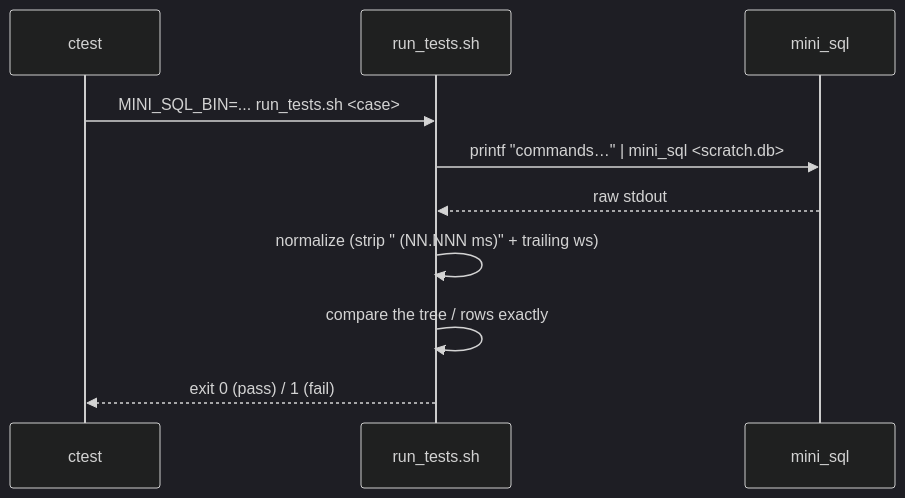
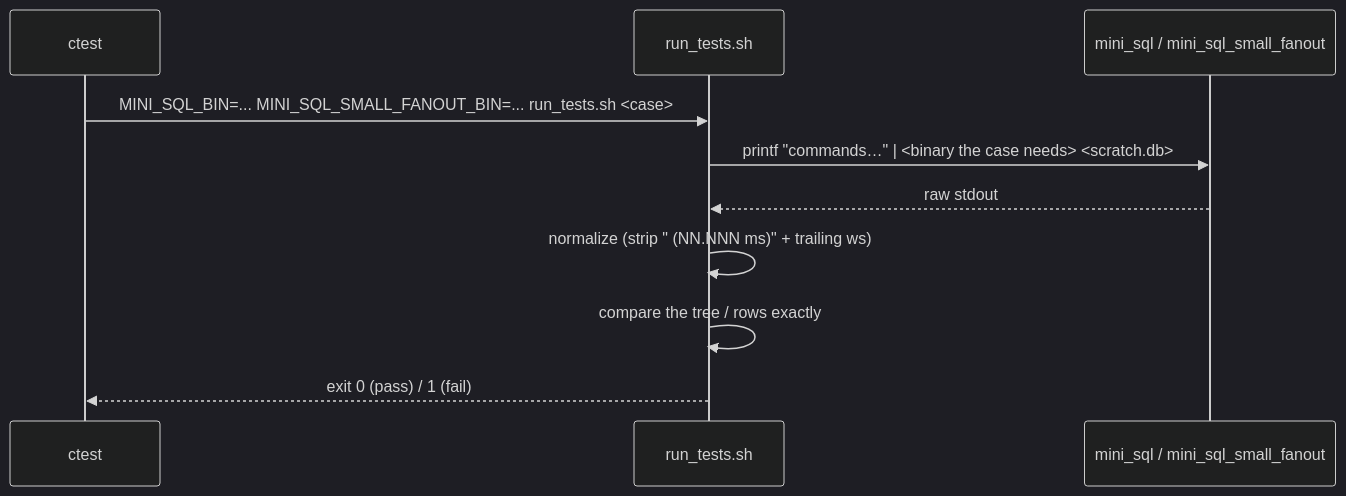
Before and after one commit to Rohitangshu2026/mini-sql: diagram 17 of 18 in README.md, drawn with Mermaid (dark theme). The commit also changed other lines of this file, not shown here.

````diff
--- a/README.md
+++ b/README.md
@@ -740,13 +804,13 @@
 ```mermaid
 sequenceDiagram
     participant CT as ctest
     participant SH as run_tests.sh
-    participant DB as mini_sql
+    participant DB as mini_sql / mini_sql_small_fanout
 
-    CT->>SH: MINI_SQL_BIN=... run_tests.sh <case>
-    SH->>DB: printf "commands…" | mini_sql <scratch.db>
+    CT->>SH: MINI_SQL_BIN=... MINI_SQL_SMALL_FANOUT_BIN=... run_tests.sh <case>
+    SH->>DB: printf "commands…" | <binary the case needs> <scratch.db>
     DB-->>SH: raw stdout
     SH->>SH: normalize (strip " (NN.NNN ms)" + trailing ws)
     SH->>SH: compare the tree / rows exactly
     SH-->>CT: exit 0 (pass) / 1 (fail)
 ```
````
